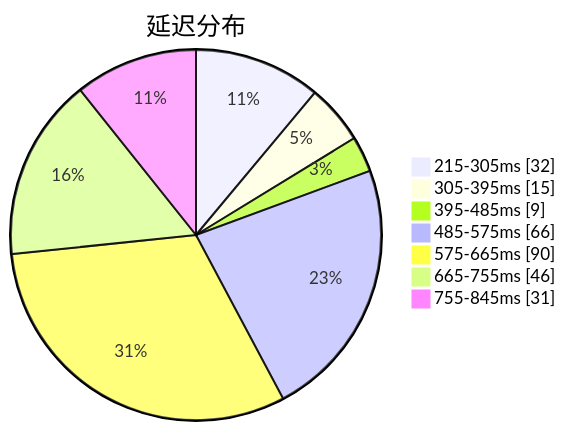
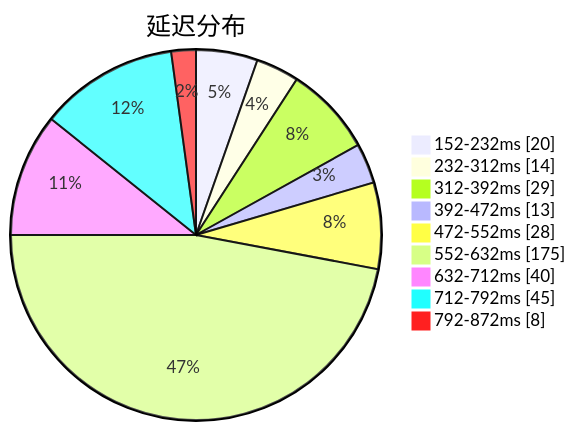
Before and after one commit to qjlxg/airport: the first of 3 diagrams in subs/statistics/tested_within.md, drawn with Mermaid. The commit also changed other lines of this file and 2 other files, not shown here.

Commit message:
Tested by metaST

````diff
--- a/subs/statistics/tested_within.md
+++ b/subs/statistics/tested_within.md
@@ -2,11 +2,13 @@
 ```mermaid
 pie showData
 title 延迟分布
-"215-305ms" : 32
-"305-395ms" : 15
-"395-485ms" : 9
-"485-575ms" : 66
-"575-665ms" : 90
-"665-755ms" : 46
-"755-845ms" : 31
+"152-232ms" : 20
+"232-312ms" : 14
+"312-392ms" : 29
+"392-472ms" : 13
+"472-552ms" : 28
+"552-632ms" : 175
+"632-712ms" : 40
+"712-792ms" : 45
+"792-872ms" : 8
 ```
````
